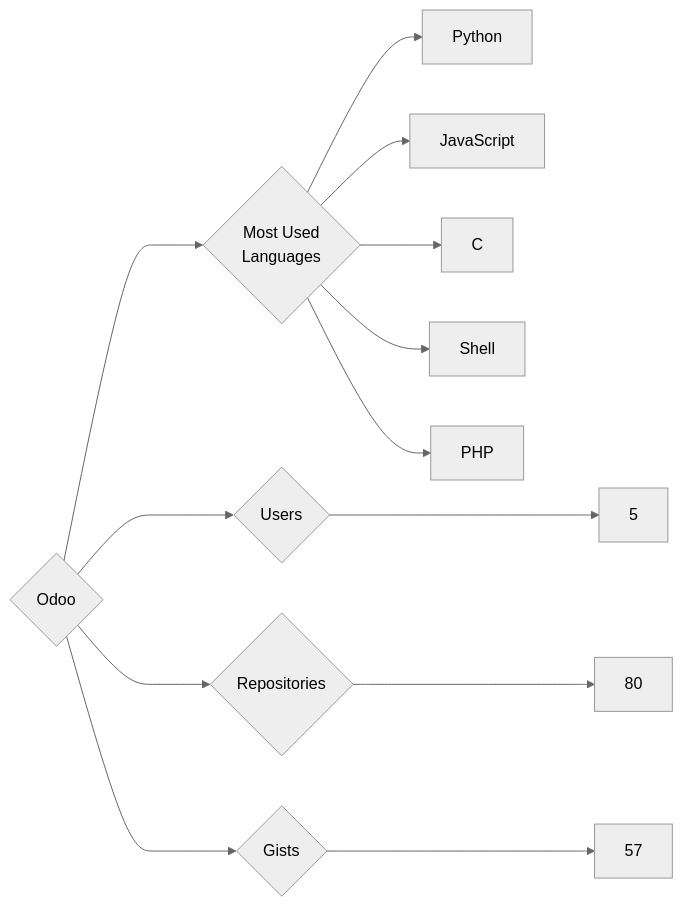
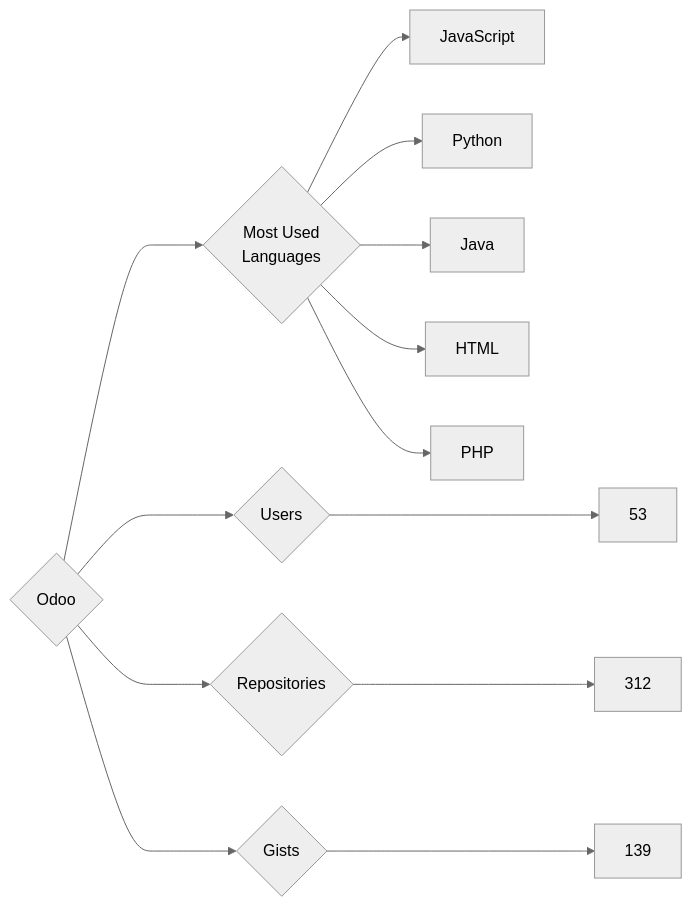
Before and after one commit to trickest/insiders: the diagram in targets/Odoo/README.md, drawn with Mermaid (neutral theme). The commit also changed 903 other files, not shown here.

````diff
--- a/targets/Odoo/README.md
+++ b/targets/Odoo/README.md
@@ -3,13 +3,13 @@
 ```mermaid
 graph LR
 COMPANY_NAME{Odoo}
-COMPANY_NAME ---> U{Users} ---> UN[5]
-COMPANY_NAME ---> R{Repositories} ---> RN[80]
-COMPANY_NAME ---> G{Gists} ---> GN[57]
+COMPANY_NAME ---> U{Users} ---> UN[53]
+COMPANY_NAME ---> R{Repositories} ---> RN[312]
+COMPANY_NAME ---> G{Gists} ---> GN[139]
 COMPANY_NAME ---> ML{Most Used<br>Languages}
+ML --> JavaScript[JavaScript]
 ML --> Python[Python]
-ML --> JavaScript[JavaScript]
-ML --> C[C]
-ML --> Shell[Shell]
+ML --> Java[Java]
+ML --> HTML[HTML]
 ML --> PHP[PHP]
 ```
````
